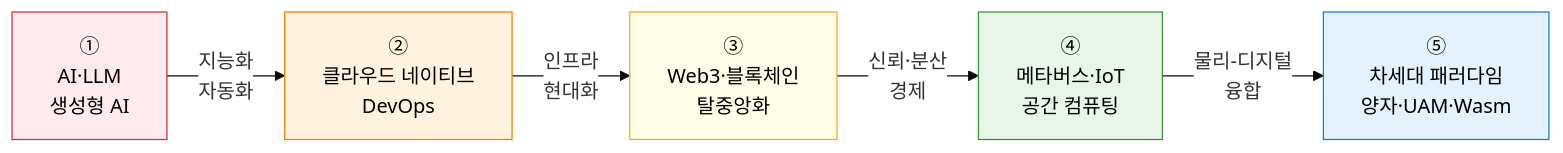
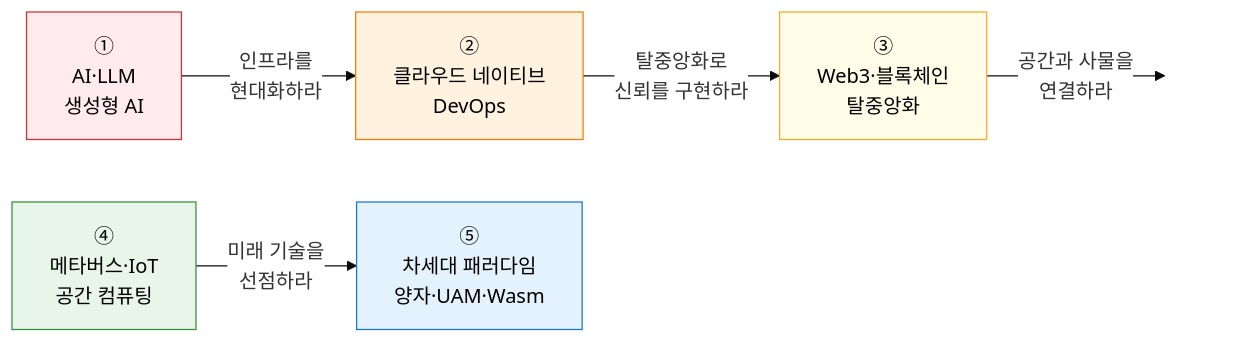
Before and after one commit to jeonck/itpe-KM: the diagram in content/docs/07-emerging-tech/_index.md, drawn with Mermaid. The commit also changed 5 other files, not shown here.

````diff
--- a/content/docs/07-emerging-tech/_index.md
+++ b/content/docs/07-emerging-tech/_index.md
@@ -11,14 +11,15 @@
 ```mermaid
 %%{init: { 'theme': 'base', 'themeVariables': { 'edgeLabelBackground': '#fff' }}}%%
 flowchart LR
-    A["①<br/>AI·LLM<br/>생성형 AI"] --"지능화<br/>자동화"--> B["②<br/>클라우드 네이티브<br/>DevOps"]
-    B --"인프라<br/>현대화"--> C["③<br/>Web3·블록체인<br/>탈중앙화"]
-    C --"신뢰·분산<br/>경제"--> D["④<br/>메타버스·IoT<br/>공간 컴퓨팅"]
-    D --"물리-디지털<br/>융합"--> E["⑤<br/>차세대 패러다임<br/>양자·UAM·Wasm"]
+    A["①<br/>AI·LLM<br/>생성형 AI"] --"인프라를<br/>현대화하라"--> B["②<br/>클라우드 네이티브<br/>DevOps"]
+    B --"탈중앙화로<br/>신뢰를 구현하라"--> C["③<br/>Web3·블록체인<br/>탈중앙화"]
+    C --"공간과 사물을<br/>연결하라"--> Z[" "]
+    D["④<br/>메타버스·IoT<br/>공간 컴퓨팅"] --"미래 기술을<br/>선점하라"--> E["⑤<br/>차세대 패러다임<br/>양자·UAM·Wasm"]
 
     style A fill:#FFEBEE,stroke:#D32F2F,color:#000
     style B fill:#FFF3E0,stroke:#F57C00,color:#000
     style C fill:#FFFDE7,stroke:#F9A825,color:#000
     style D fill:#E8F5E9,stroke:#388E3C,color:#000
     style E fill:#E3F2FD,stroke:#1976D2,color:#000
+    style Z fill:none,stroke:none
 ```
````
